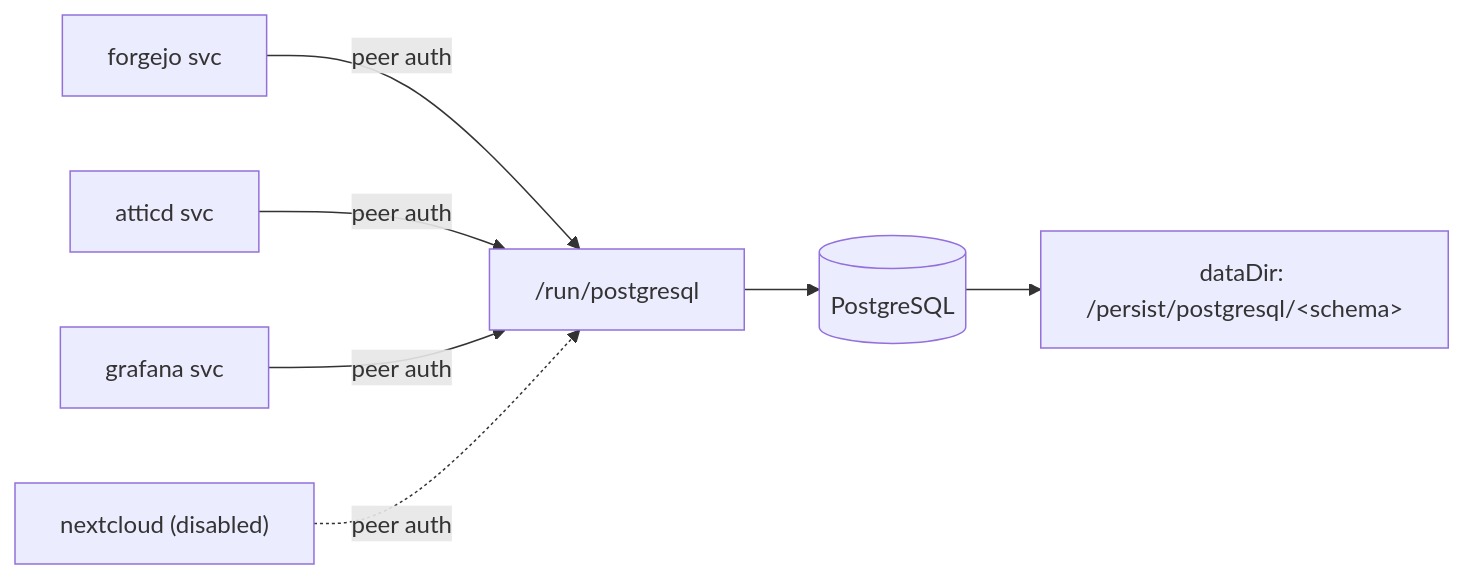
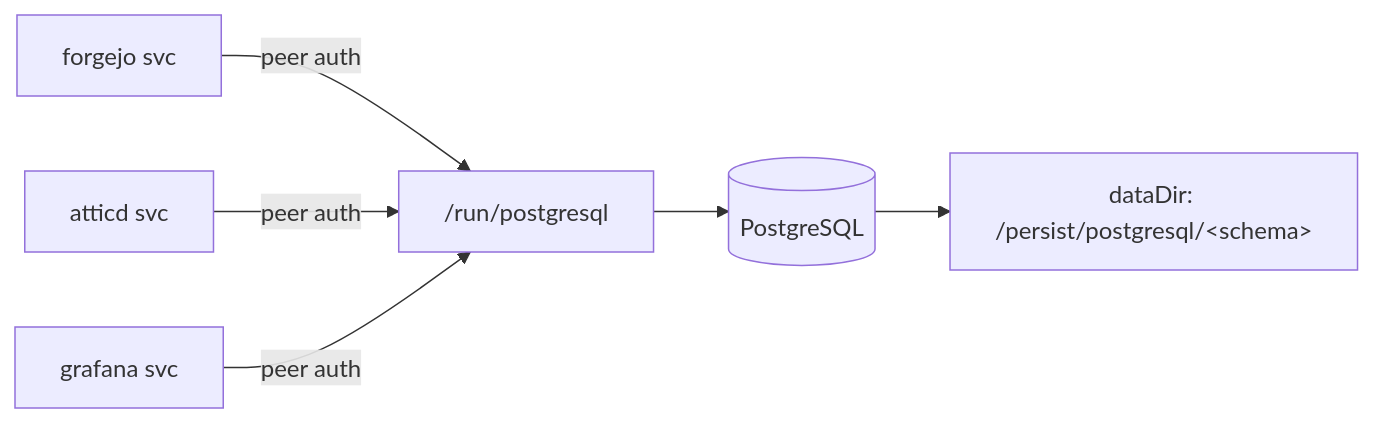
Before and after one commit to categoricalcat/nixos: the diagram in docs/src/plans/postgres.md, drawn with Mermaid. The commit also changed other lines of this file and 2 other files, not shown here.

````diff
--- a/docs/src/plans/postgres.md
+++ b/docs/src/plans/postgres.md
@@ -22,9 +41,8 @@
 ```mermaid
 flowchart LR
   forgejo[forgejo svc] -->|peer auth| sock["/run/postgresql"]
   atticd[atticd svc] -->|peer auth| sock
   grafana[grafana svc] -->|peer auth| sock
-  nextcloud["nextcloud (disabled)"] -.->|peer auth| sock
   sock --> pg[(PostgreSQL)]
   pg --> data["dataDir: /persist/postgresql/&lt;schema&gt;"]
 ```
````
